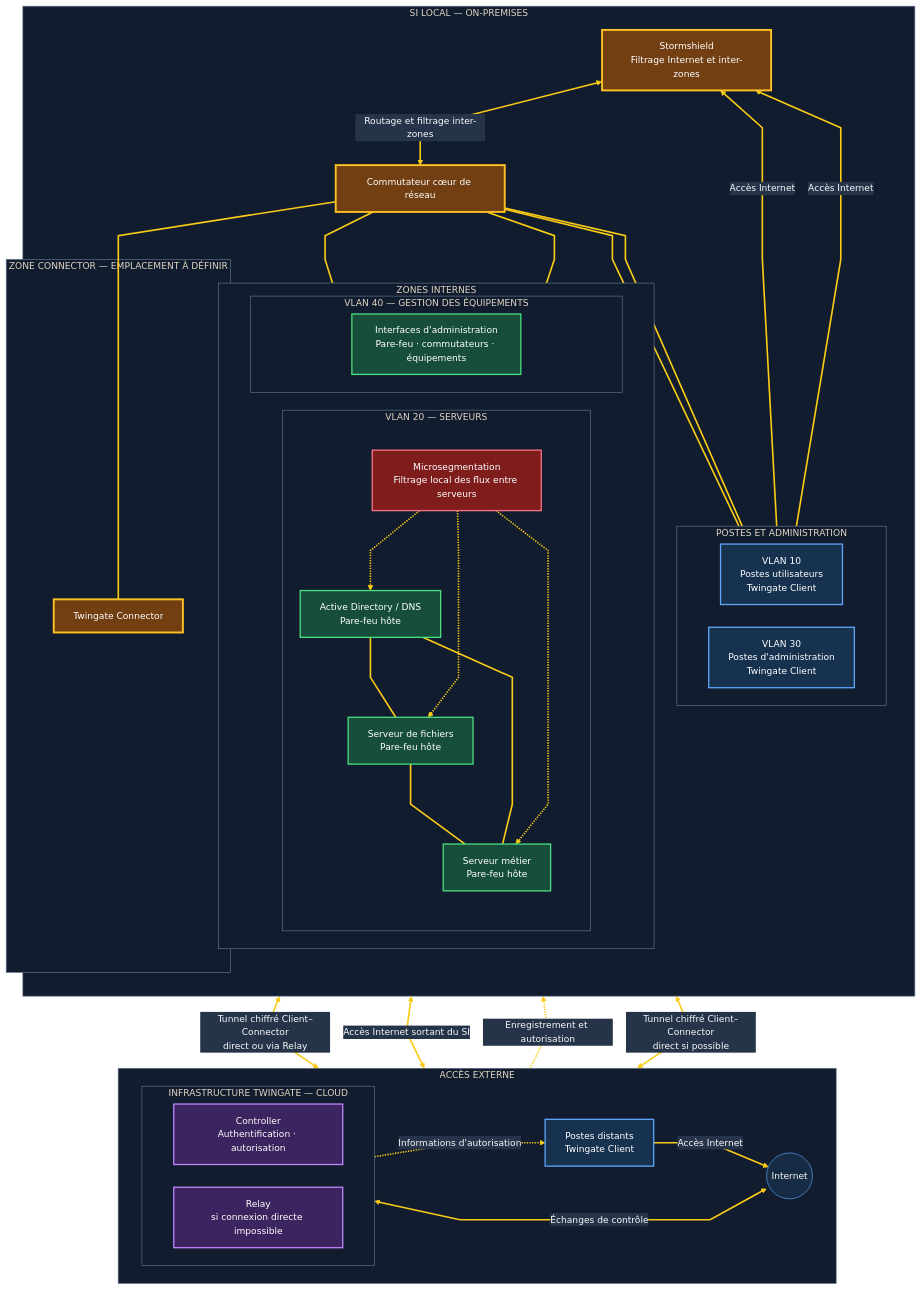
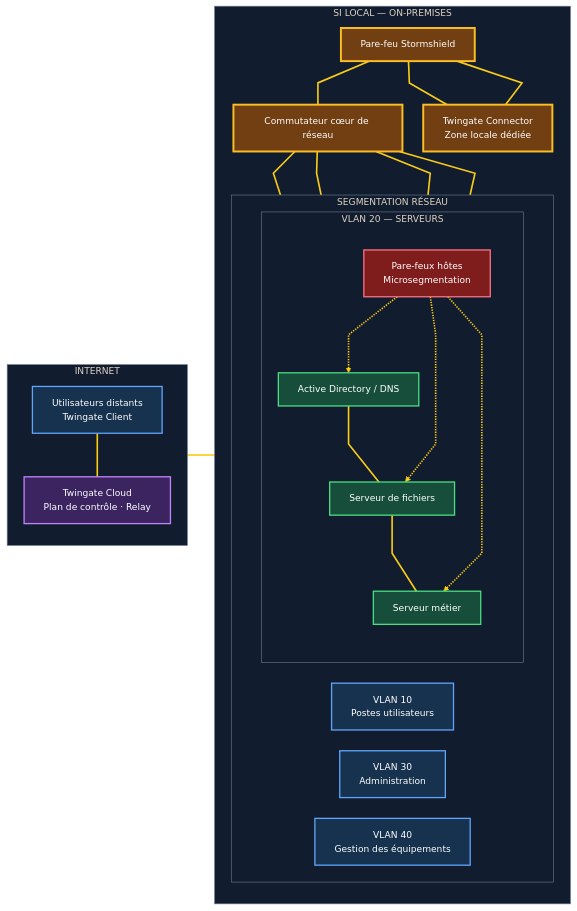
One commit to Chanc-111/Chanc-111 changed the diagram in projects/01-zero-trust-architecture/diagrams/02-target-architecture.mmd. Above: the diagram before and after it, drawn with Mermaid.

Commit message:
Simplify target diagram around Internet and local SI

```diff
--- a/projects/01-zero-trust-architecture/diagrams/02-target-architecture.mmd
+++ b/projects/01-zero-trust-architecture/diagrams/02-target-architecture.mmd
@@ -1,79 +1,57 @@
-%%{init: {"theme":"base","themeVariables":{"background":"#0b1220","primaryColor":"#172b45","primaryTextColor":"#f8fafc","primaryBorderColor":"#60a5fa","lineColor":"#facc15","secondaryColor":"#182235","tertiaryColor":"#202b3d","clusterBkg":"#111c2e","clusterBorder":"#64748b","edgeLabelBackground":"#263449","fontFamily":"Arial","fontSize":"14px"},"flowchart":{"curve":"linear","htmlLabels":true,"nodeSpacing":35,"rankSpacing":48}}}%%
-flowchart TB
-    subgraph EXTERNAL["ACCÈS EXTERNE"]
-        direction LR
-        REMOTE["Postes distants<br/>Twingate Client"]
-        INTERNET(("Internet"))
-        subgraph TWINGATE["INFRASTRUCTURE TWINGATE — CLOUD"]
-            direction LR
-            CTRL["Controller<br/>Authentification · autorisation"]
-            RELAY["Relay<br/>si connexion directe impossible"]
-        end
+%%{init: {"theme":"base","themeVariables":{"background":"#0b1220","primaryColor":"#172b45","primaryTextColor":"#f8fafc","primaryBorderColor":"#60a5fa","lineColor":"#facc15","secondaryColor":"#182235","tertiaryColor":"#202b3d","clusterBkg":"#111c2e","clusterBorder":"#64748b","edgeLabelBackground":"#263449","fontFamily":"Arial","fontSize":"14px"},"flowchart":{"curve":"linear","htmlLabels":true,"nodeSpacing":32,"rankSpacing":42}}}%%
+flowchart LR
+    subgraph INTERNET["INTERNET"]
+        direction TB
+        REMOTE["Utilisateurs distants<br/>Twingate Client"]
+        TWIN["Twingate Cloud<br/>Plan de contrôle · Relay"]
     end
 
-    subgraph ONSITE["SI LOCAL — ON-PREMISES"]
+    subgraph SI["SI LOCAL — ON-PREMISES"]
         direction TB
-        subgraph ACCESS["POSTES ET ADMINISTRATION"]
-            direction LR
-            USERS["VLAN 10<br/>Postes utilisateurs<br/>Twingate Client"]
-            ADM["VLAN 30<br/>Postes d'administration<br/>Twingate Client"]
-        end
-
-        FW["Stormshield<br/>Filtrage Internet et inter-zones"]
+        FW["Pare-feu Stormshield"]
         CORE["Commutateur cœur de réseau"]
 
-        subgraph CONNECTOR_ZONE["ZONE CONNECTOR — EMPLACEMENT À DÉFINIR"]
-            CONN["Twingate Connector"]
-        end
-
-        subgraph INTERNAL_ZONES["ZONES INTERNES"]
+        subgraph ZONES["SEGMENTATION RÉSEAU"]
             direction LR
-            subgraph VLAN20["VLAN 20 — SERVEURS"]
+            V10["VLAN 10<br/>Postes utilisateurs"]
+            V30["VLAN 30<br/>Administration"]
+            subgraph V20["VLAN 20 — SERVEURS"]
                 direction TB
-                AD["Active Directory / DNS<br/>Pare-feu hôte"]
-                FILES["Serveur de fichiers<br/>Pare-feu hôte"]
-                APP["Serveur métier<br/>Pare-feu hôte"]
-                MICRO["Microsegmentation<br/>Filtrage local des flux entre serveurs"]
+                AD["Active Directory / DNS"]
+                FILES["Serveur de fichiers"]
+                APP["Serveur métier"]
+                MICRO["Pare-feux hôtes<br/>Microsegmentation"]
                 AD ~~~ FILES
                 FILES ~~~ APP
-                AD ~~~ APP
                 MICRO -.-> AD
                 MICRO -.-> FILES
                 MICRO -.-> APP
             end
+            V40["VLAN 40<br/>Gestion des équipements"]
+        end
 
-            subgraph VLAN40["VLAN 40 — GESTION DES ÉQUIPEMENTS"]
-                MGMT["Interfaces d'administration<br/>Pare-feu · commutateurs · équipements"]
-            end
-        end
+        CONN["Twingate Connector<br/>Zone locale dédiée"]
     end
 
-    REMOTE -->|"Accès Internet"| INTERNET
-    USERS -->|"Accès Internet"| FW
-    ADM -->|"Accès Internet"| FW
-    INTERNET <-->|"Échanges de contrôle"| CTRL
-    CTRL -.->|"Informations d'autorisation"| REMOTE
-    CTRL -.->|"Enregistrement et autorisation"| CONN
-    CONN <-->|"Tunnel chiffré Client–Connector<br/>direct ou via Relay"| RELAY
-    REMOTE <-->|"Tunnel chiffré Client–Connector<br/>direct si possible"| CONN
-
-    FW <-->|"Accès Internet sortant du SI"| INTERNET
-    FW <-->|"Routage et filtrage inter-zones"| CORE
-    CORE --- USERS
-    CORE --- ADM
-    CORE --- CONN
-    CORE --- VLAN20
-    CORE --- MGMT
+    REMOTE --- TWIN
+    TWIN --- FW
+    FW --- CORE
+    CORE --- V10
+    CORE --- V30
+    CORE --- V20
+    CORE --- V40
+    FW --- CONN
+    CONN --- FW
 
     classDef endpoint fill:#16324f,stroke:#60a5fa,stroke-width:2px,color:#ffffff
     classDef control fill:#3b245f,stroke:#c084fc,stroke-width:2px,color:#ffffff
     classDef network fill:#713f12,stroke:#fbbf24,stroke-width:3px,color:#ffffff
     classDef server fill:#164e3b,stroke:#4ade80,stroke-width:2px,color:#ffffff
     classDef micro fill:#7f1d1d,stroke:#fb7185,stroke-width:2px,color:#ffffff
 
-    class REMOTE,USERS,ADM endpoint
-    class CTRL,RELAY control
+    class REMOTE,V10,V30,V40 endpoint
+    class TWIN control
     class FW,CORE,CONN network
-    class AD,FILES,APP,MGMT server
+    class AD,FILES,APP server
     class MICRO micro
     linkStyle default stroke:#facc15,stroke-width:2.5px,color:#f8fafc
```
